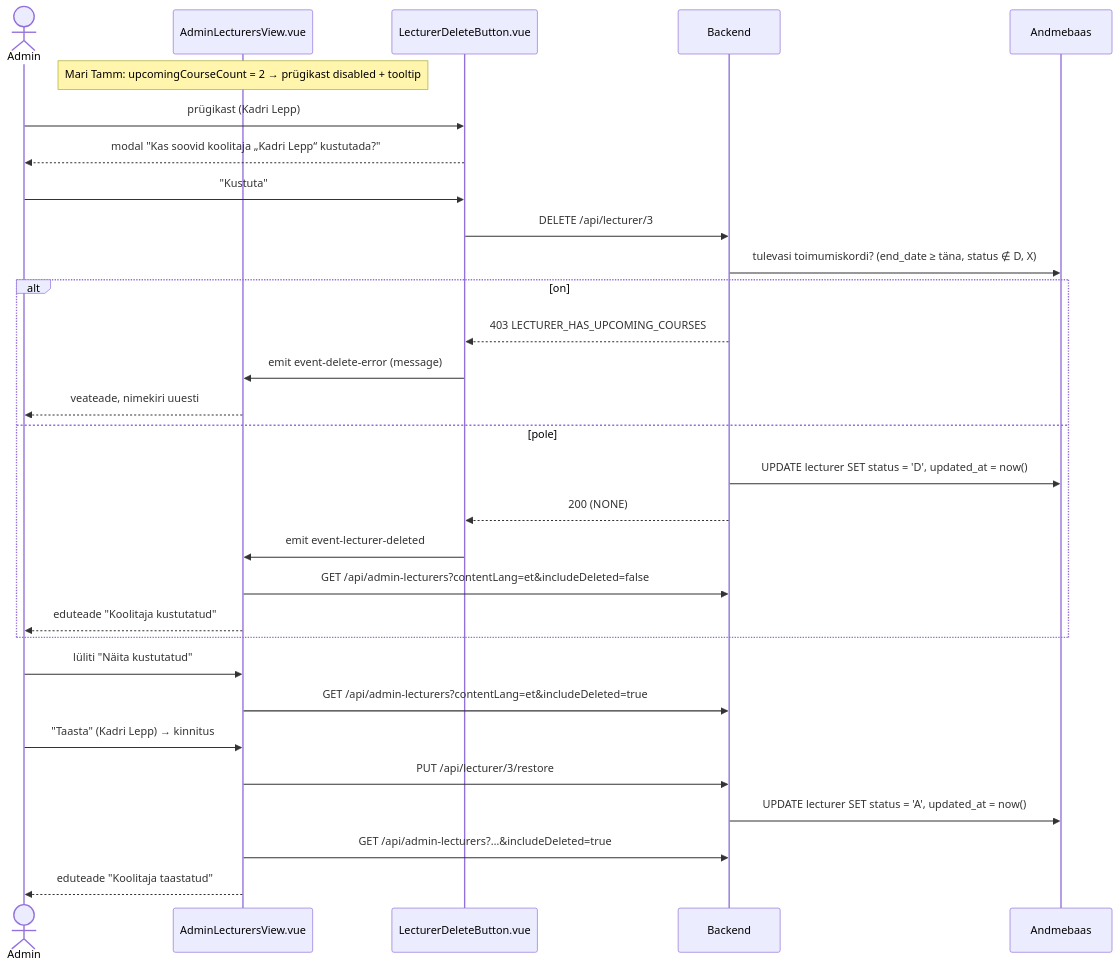
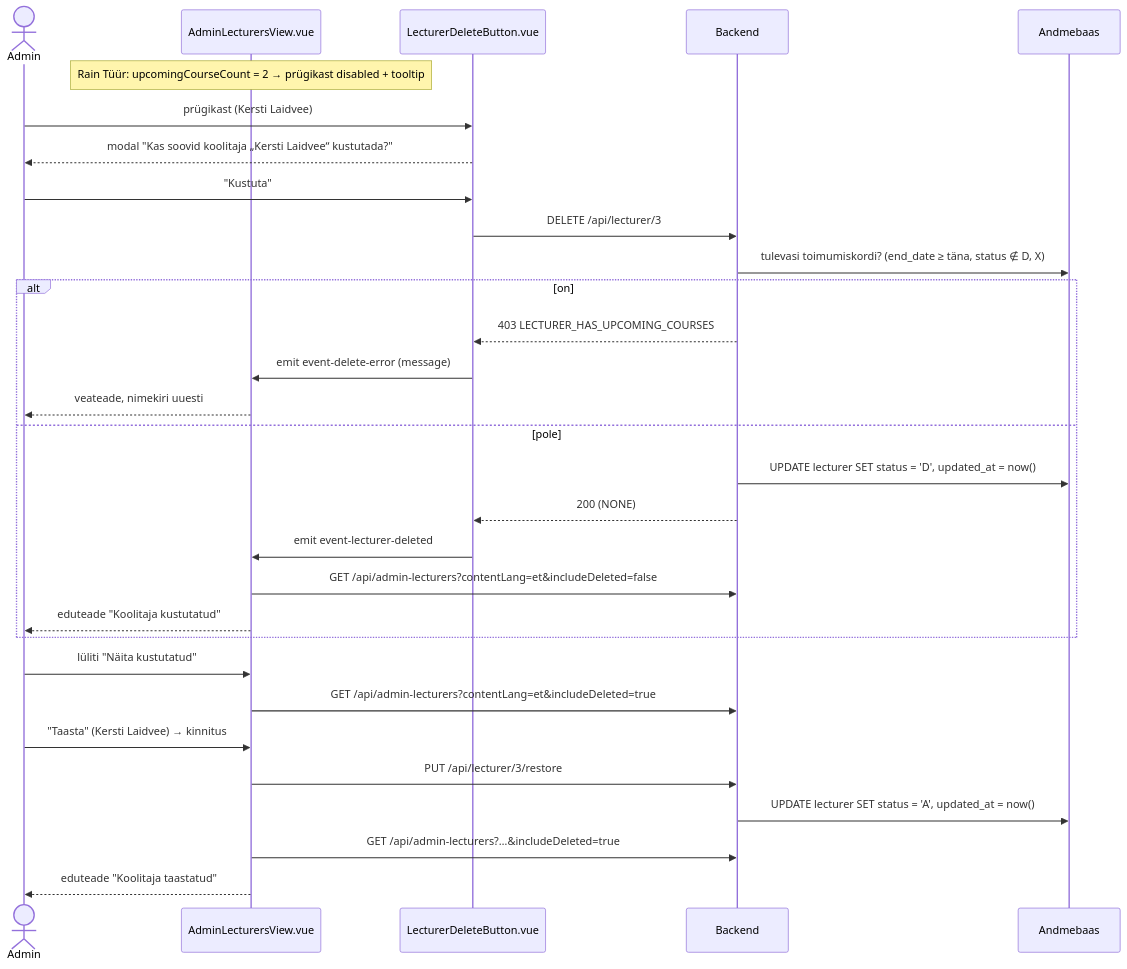
One commit to FredLehing/bcs-koolitused changed the fifth of 5 diagrams in docs/mock-wireframe/loo-mock-vaade/admin-lecturers-view/admin-lecturers-view-skeemid.md. Above: the diagram before and after it, drawn with Mermaid. The commit also changed other lines of this file and 48 other files, not shown here.

````diff
--- a/docs/mock-wireframe/loo-mock-vaade/admin-lecturers-view/admin-lecturers-view-skeemid.md
+++ b/docs/mock-wireframe/loo-mock-vaade/admin-lecturers-view/admin-lecturers-view-skeemid.md
@@ -368,34 +451,34 @@
 ```mermaid
 sequenceDiagram
     actor Admin
     participant FE as AdminLecturersView.vue
     participant Btn as LecturerDeleteButton.vue
     participant BE as Backend
     participant DB as Andmebaas
 
-    Note over FE: Mari Tamm: upcomingCourseCount = 2 → prügikast disabled + tooltip
-    Admin->>Btn: prügikast (Kadri Lepp)
-    Btn-->>Admin: modal "Kas soovid koolitaja „Kadri Lepp“ kustutada?"
+    Note over FE: Rain Tüür: upcomingCourseCount = 2 → prügikast disabled + tooltip
+    Admin->>Btn: prügikast (Kersti Laidvee)
+    Btn-->>Admin: modal "Kas soovid koolitaja „Kersti Laidvee“ kustutada?"
     Admin->>Btn: "Kustuta"
     Btn->>BE: DELETE /api/lecturer/3
     BE->>DB: tulevasi toimumiskordi? (end_date ≥ täna, status ∉ D, X)
     alt on
         BE-->>Btn: 403 LECTURER_HAS_UPCOMING_COURSES
         Btn->>FE: emit event-delete-error (message)
         FE-->>Admin: veateade, nimekiri uuesti
     else pole
         BE->>DB: UPDATE lecturer SET status = 'D', updated_at = now()
         BE-->>Btn: 200 (NONE)
         Btn->>FE: emit event-lecturer-deleted
         FE->>BE: GET /api/admin-lecturers?contentLang=et&includeDeleted=false
         FE-->>Admin: eduteade "Koolitaja kustutatud"
     end
 
     Admin->>FE: lüliti "Näita kustutatud"
     FE->>BE: GET /api/admin-lecturers?contentLang=et&includeDeleted=true
-    Admin->>FE: "Taasta" (Kadri Lepp) → kinnitus
+    Admin->>FE: "Taasta" (Kersti Laidvee) → kinnitus
     FE->>BE: PUT /api/lecturer/3/restore
     BE->>DB: UPDATE lecturer SET status = 'A', updated_at = now()
     FE->>BE: GET /api/admin-lecturers?…&includeDeleted=true
     FE-->>Admin: eduteade "Koolitaja taastatud"
 ```
````
